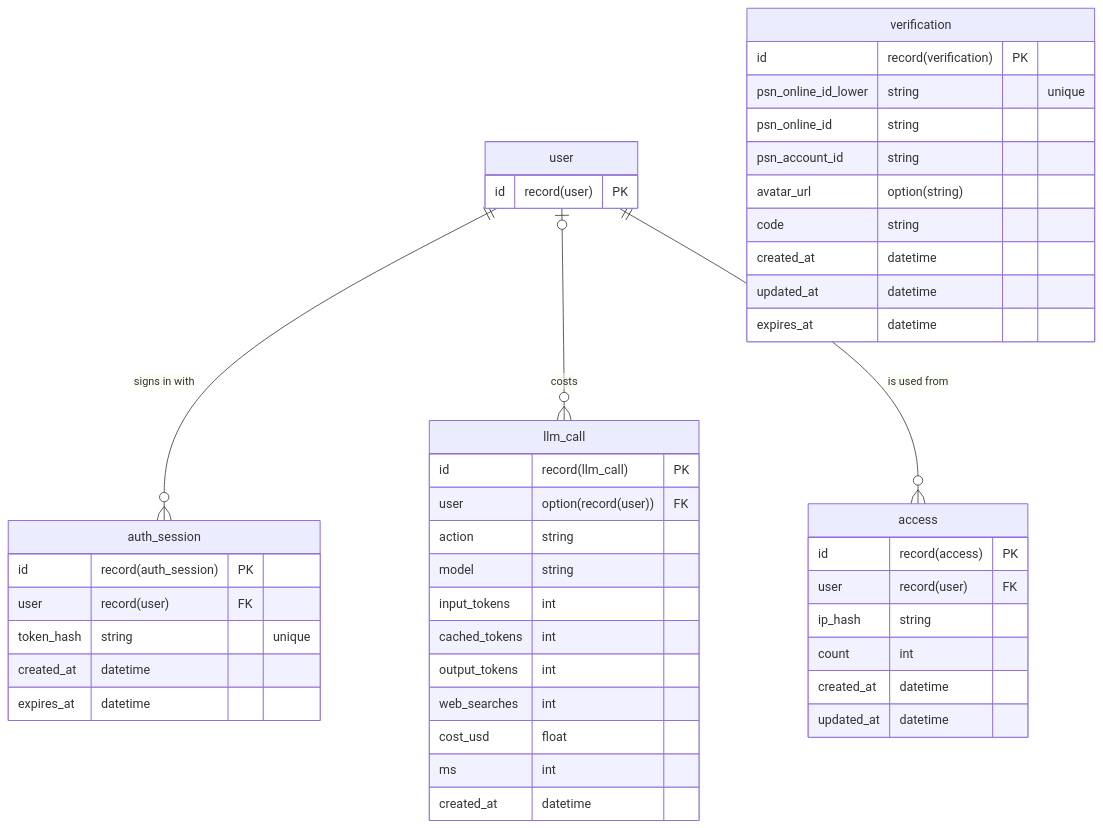
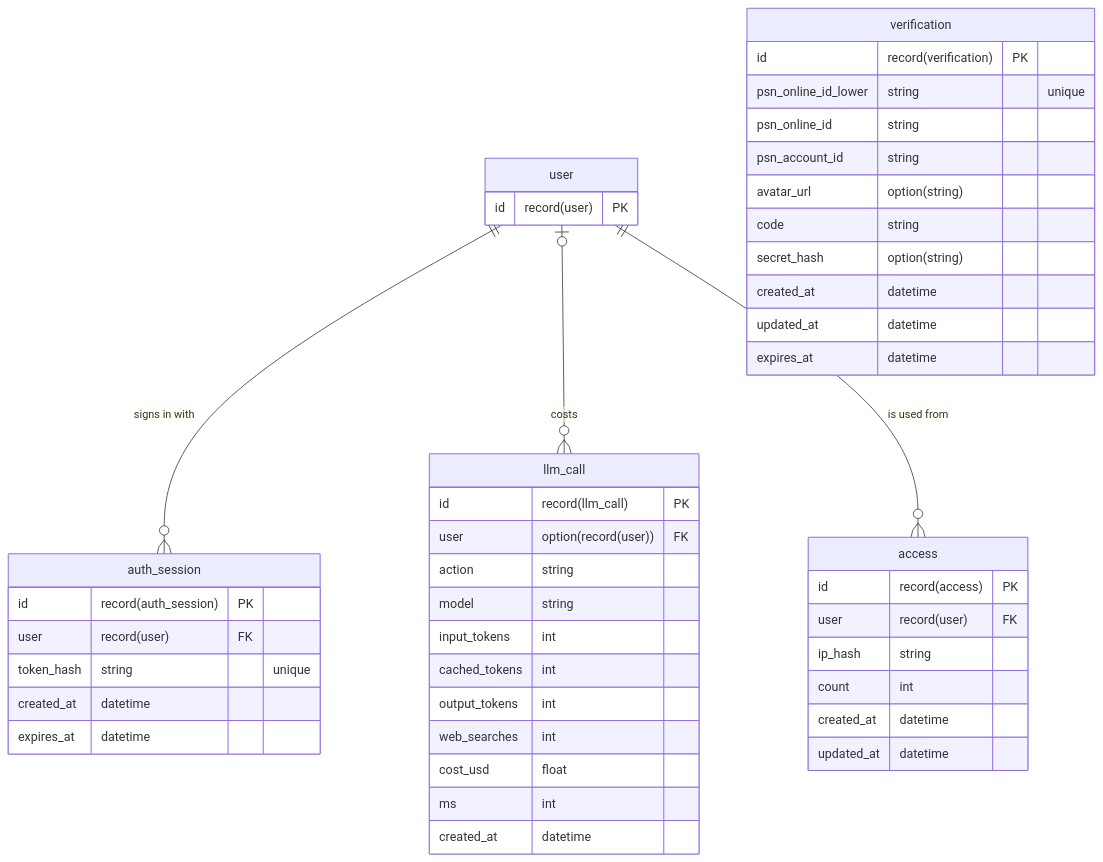
Before and after one commit to renatoaug/platjourney: the fifth of 5 diagrams in docs/database.md, drawn with Mermaid. The commit also changed other lines of this file and 27 other files, not shown here.

````diff
--- a/docs/database.md
+++ b/docs/database.md
@@ -316,48 +318,49 @@
 ```mermaid
 erDiagram
     user ||--o{ auth_session : "signs in with"
     user |o--o{ llm_call : "costs"
     user ||--o{ access : "is used from"
     auth_session {
         id record(auth_session) PK
         user record(user) FK
         token_hash string "unique"
         created_at datetime
         expires_at datetime
     }
     verification {
         id record(verification) PK
         psn_online_id_lower string "unique"
         psn_online_id string
         psn_account_id string
         avatar_url option(string)
         code string
+        secret_hash option(string)
         created_at datetime
         updated_at datetime
         expires_at datetime
     }
     access {
         id record(access) PK
         user record(user) FK
         ip_hash string
         count int
         created_at datetime
         updated_at datetime
     }
     llm_call {
         id record(llm_call) PK
         user option(record(user)) FK
         action string
         model string
         input_tokens int
         cached_tokens int
         output_tokens int
         web_searches int
         cost_usd float
         ms int
         created_at datetime
     }
     user {
         id record(user) PK
     }
 ```
````
